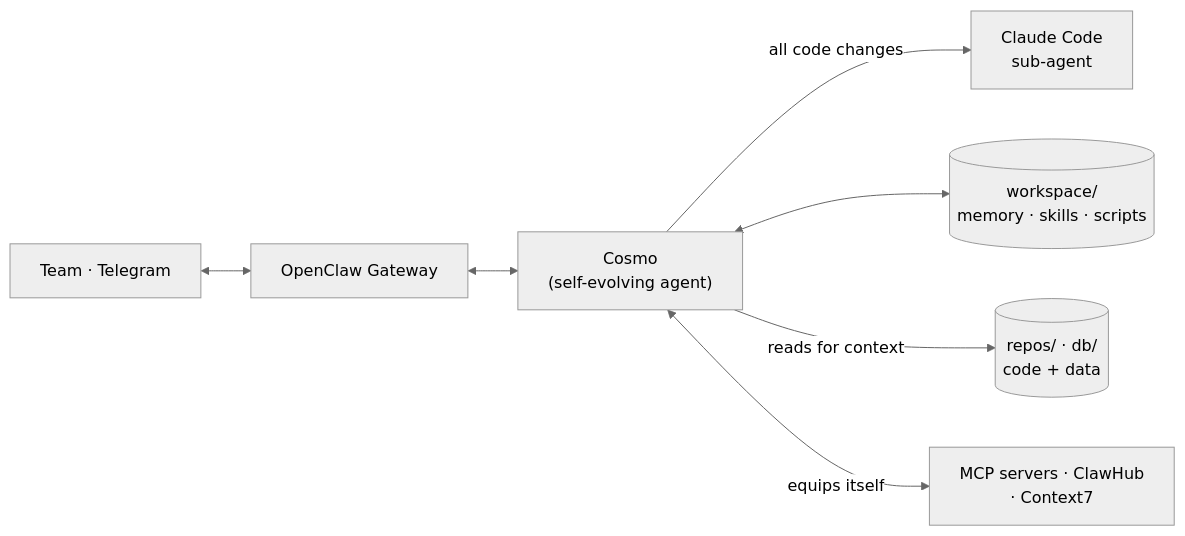
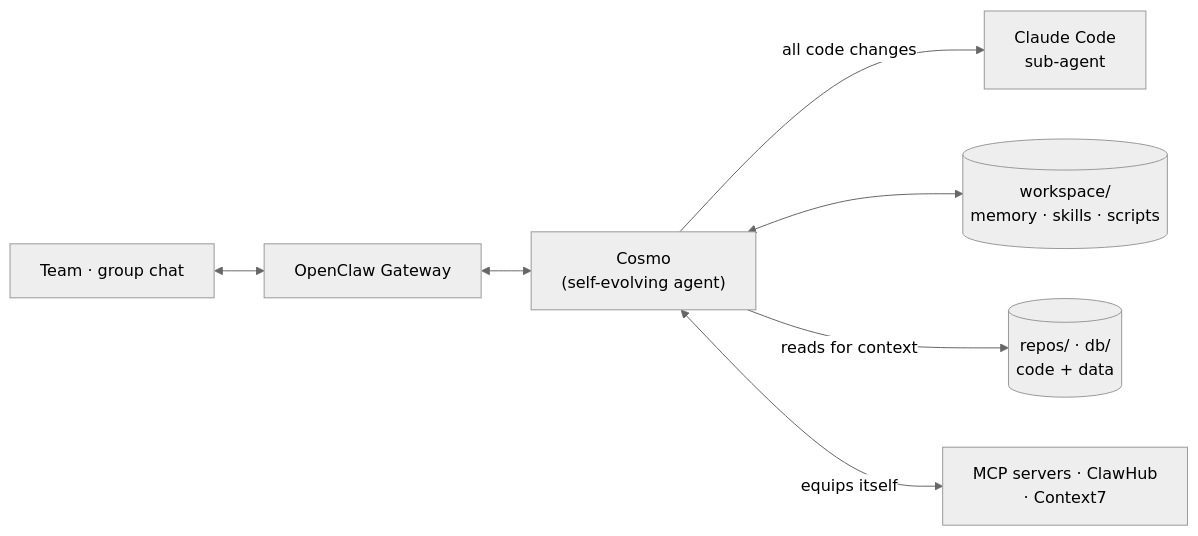
The first of 4 diagrams in README.md (Atrv-Shrn/Cosmo-Openclaw), drawn with Mermaid (neutral theme) before and after one commit. The commit also changed other lines of this file, not shown here.

````diff
--- a/README.md
+++ b/README.md
@@ -18,9 +18,9 @@
 ```mermaid
 flowchart LR
-    Team["Team · Telegram"] <--> GW["OpenClaw Gateway"]
+    Team["Team · group chat"] <--> GW["OpenClaw Gateway"]
     GW <--> Agent["Cosmo<br/>(self-evolving agent)"]
     Agent -->|"all code changes"| CC["Claude Code<br/>sub-agent"]
     Agent <--> WS[("workspace/<br/>memory · skills · scripts")]
     Agent -->|"reads for context"| Ctx[("repos/ · db/<br/>code + data")]
     Agent <-->|"equips itself"| Ext["MCP servers · ClawHub<br/>· Context7"]
 ```
````
